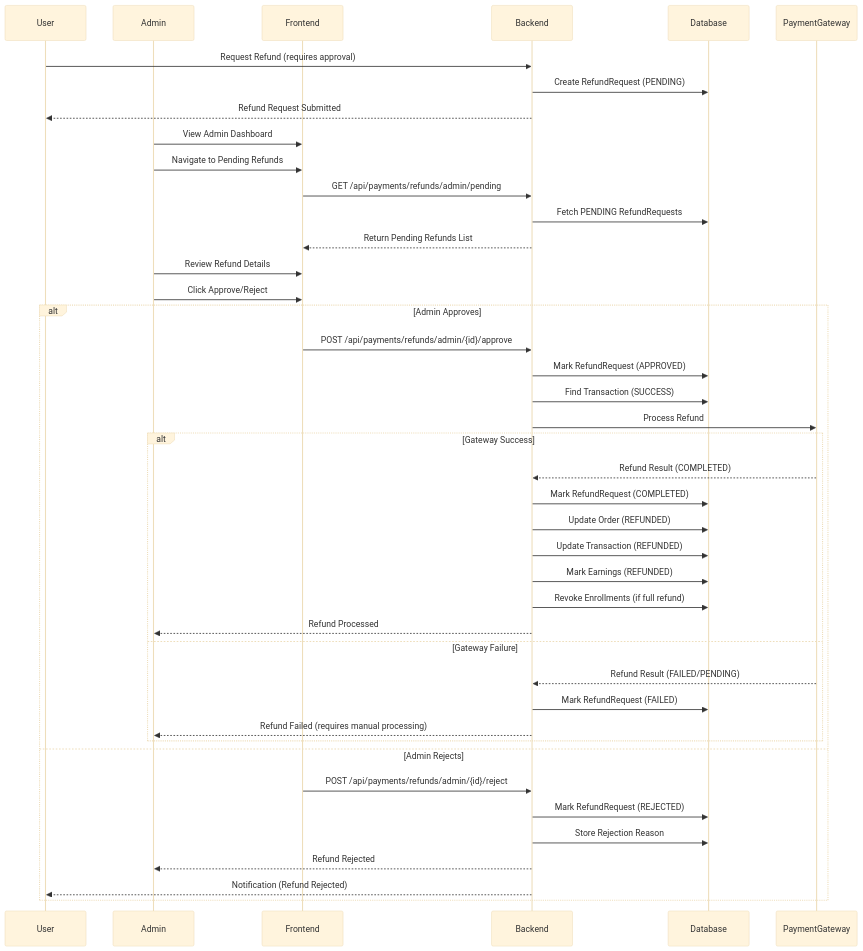
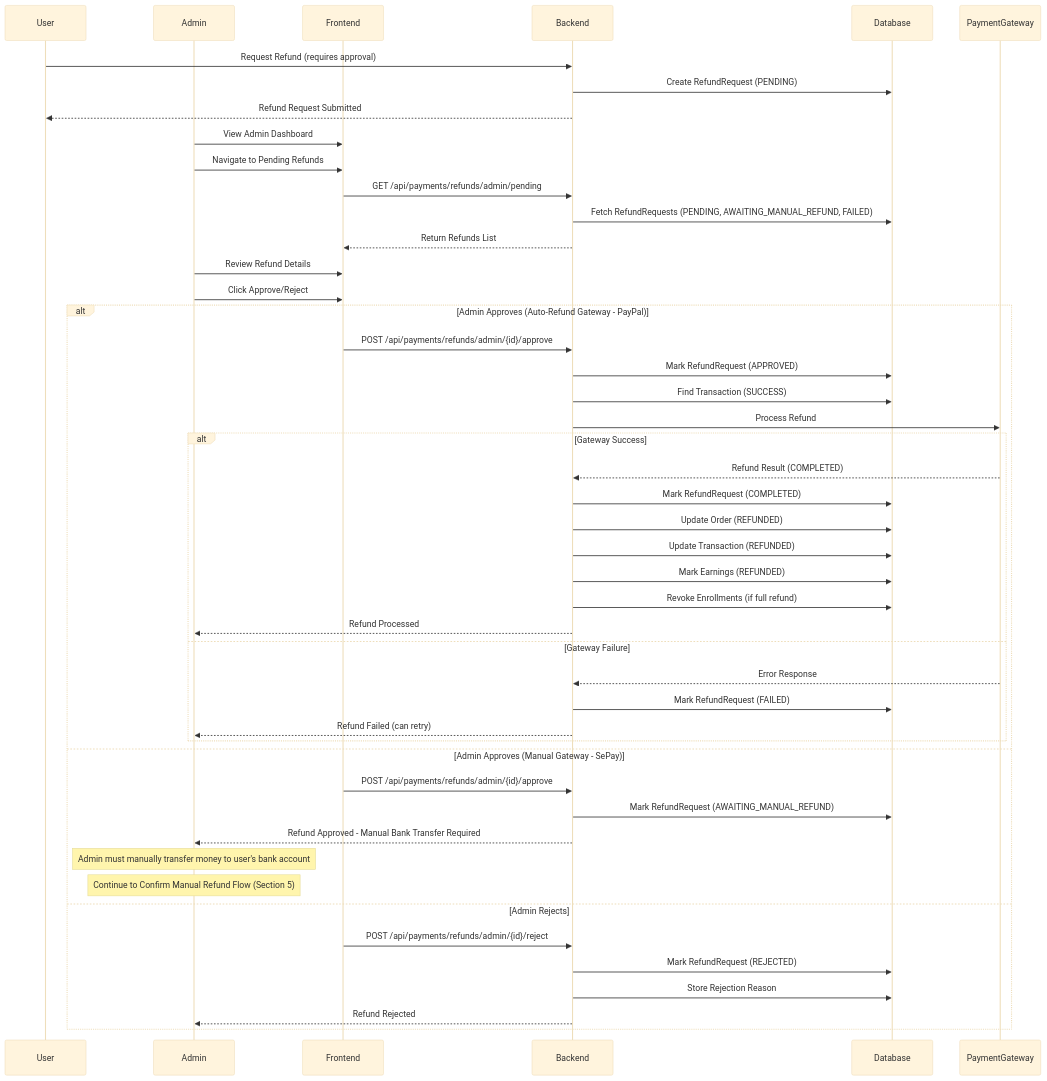
Before and after one commit to HuuLocFIT/EduMind: the third of 11 diagrams in docs/workflows/refund_workflows.md, drawn with Mermaid (base theme). The commit also changed other lines of this file and 1 other file, not shown here.

First line of the commit message:
feat: update payout and refund workflows documentation

````diff
--- a/docs/workflows/refund_workflows.md
+++ b/docs/workflows/refund_workflows.md
@@ -101,47 +110,52 @@
 ```mermaid
 sequenceDiagram
     participant User
     participant Admin
     participant Frontend
     participant Backend
     participant Database
     participant PaymentGateway
 
     User->>Backend: Request Refund (requires approval)
     Backend->>Database: Create RefundRequest (PENDING)
     Backend-->>User: Refund Request Submitted
 
     Admin->>Frontend: View Admin Dashboard
     Admin->>Frontend: Navigate to Pending Refunds
     Frontend->>Backend: GET /api/payments/refunds/admin/pending
-    Backend->>Database: Fetch PENDING RefundRequests
-    Backend-->>Frontend: Return Pending Refunds List
+    Backend->>Database: Fetch RefundRequests (PENDING, AWAITING_MANUAL_REFUND, FAILED)
+    Backend-->>Frontend: Return Refunds List
     Admin->>Frontend: Review Refund Details
     Admin->>Frontend: Click Approve/Reject
 
-    alt Admin Approves
+    alt Admin Approves (Auto-Refund Gateway - PayPal)
         Frontend->>Backend: POST /api/payments/refunds/admin/{id}/approve
         Backend->>Database: Mark RefundRequest (APPROVED)
         Backend->>Database: Find Transaction (SUCCESS)
         Backend->>PaymentGateway: Process Refund
         alt Gateway Success
             PaymentGateway-->>Backend: Refund Result (COMPLETED)
             Backend->>Database: Mark RefundRequest (COMPLETED)
             Backend->>Database: Update Order (REFUNDED)
             Backend->>Database: Update Transaction (REFUNDED)
             Backend->>Database: Mark Earnings (REFUNDED)
             Backend->>Database: Revoke Enrollments (if full refund)
             Backend-->>Admin: Refund Processed
         else Gateway Failure
-            PaymentGateway-->>Backend: Refund Result (FAILED/PENDING)
+            PaymentGateway-->>Backend: Error Response
             Backend->>Database: Mark RefundRequest (FAILED)
-            Backend-->>Admin: Refund Failed (requires manual processing)
+            Backend-->>Admin: Refund Failed (can retry)
         end
+    else Admin Approves (Manual Gateway - SePay)
+        Frontend->>Backend: POST /api/payments/refunds/admin/{id}/approve
+        Backend->>Database: Mark RefundRequest (AWAITING_MANUAL_REFUND)
+        Backend-->>Admin: Refund Approved - Manual Bank Transfer Required
+        Note over Admin: Admin must manually transfer money to user's bank account
+        Note over Admin: Continue to Confirm Manual Refund Flow (Section 5)
     else Admin Rejects
         Frontend->>Backend: POST /api/payments/refunds/admin/{id}/reject
         Backend->>Database: Mark RefundRequest (REJECTED)
         Backend->>Database: Store Rejection Reason
         Backend-->>Admin: Refund Rejected
-        Backend-->>User: Notification (Refund Rejected)
     end
 ```
````
